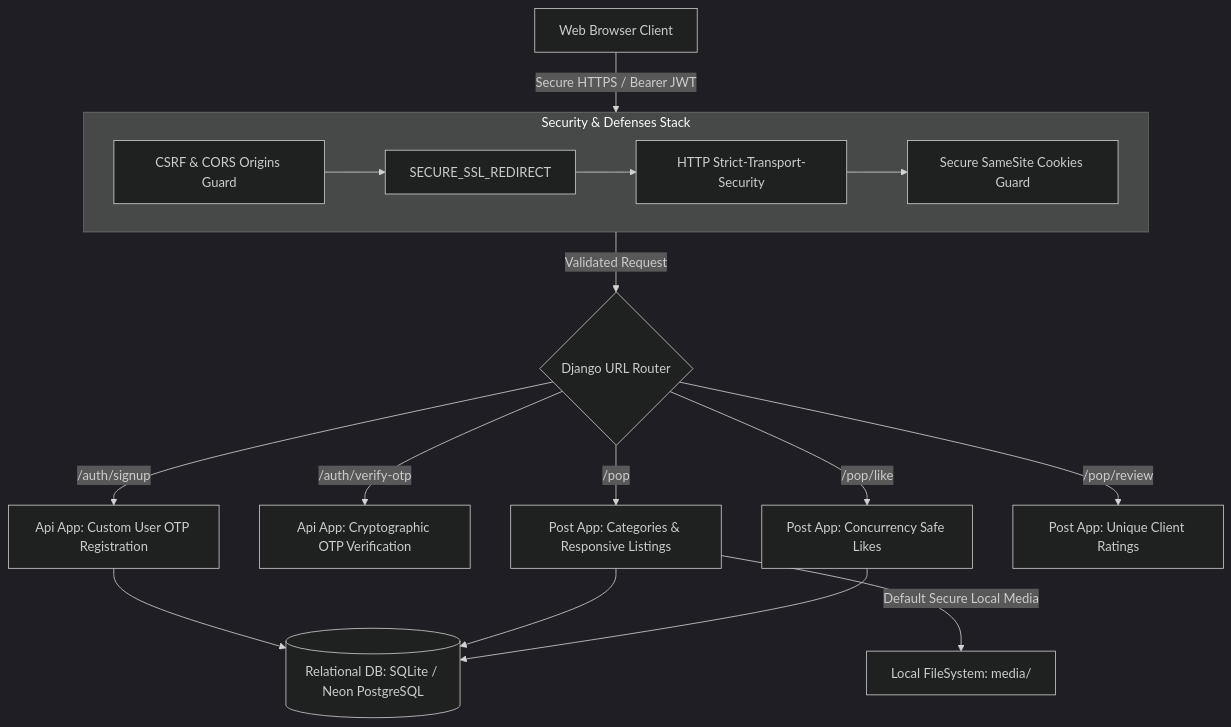
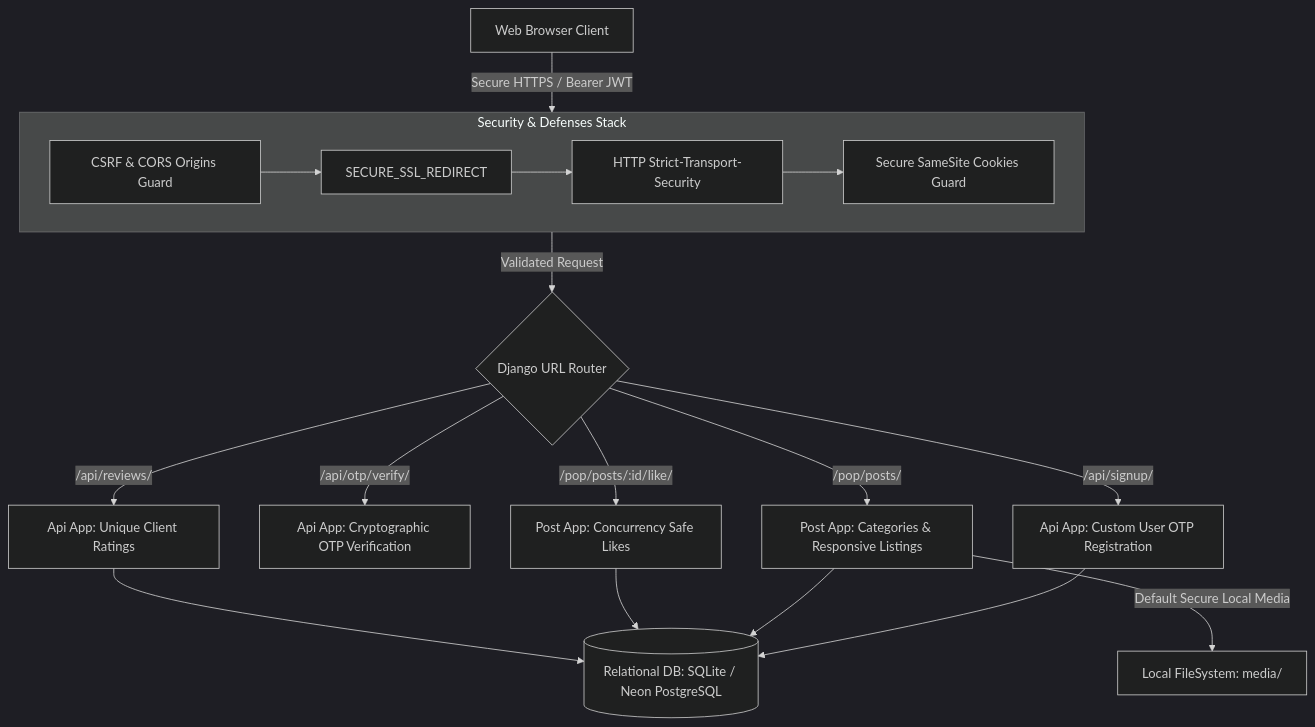
Before and after one commit to sureshdulupolai/PopDrop: the diagram in README.md, drawn with Mermaid (dark theme). The commit also changed other lines of this file and 6 other files, not shown here.

````diff
--- a/README.md
+++ b/README.md
@@ -16,24 +16,25 @@
 ```mermaid
 graph TD
     Client[Web Browser Client] -->|Secure HTTPS / Bearer JWT| SecurityMiddleware[Production Security Pipeline]
     
     subgraph SecurityMiddleware [Security & Defenses Stack]
         A[CSRF & CORS Origins Guard] --> B[SECURE_SSL_REDIRECT]
         B --> C[HTTP Strict-Transport-Security]
         C --> D[Secure SameSite Cookies Guard]
     end
     
     SecurityMiddleware -->|Validated Request| Router{Django URL Router}
     
-    Router -->|/auth/signup| AuthApp[Api App: Custom User OTP Registration]
-    Router -->|/auth/verify-otp| OTPApp[Api App: Cryptographic OTP Verification]
-    Router -->|/pop| PostApp[Post App: Categories & Responsive Listings]
-    Router -->|/pop/like| LikeApp[Post App: Concurrency Safe Likes]
-    Router -->|/pop/review| ReviewApp[Post App: Unique Client Ratings]
+    Router -->|/api/signup/| AuthApp[Api App: Custom User OTP Registration]
+    Router -->|/api/otp/verify/| OTPApp[Api App: Cryptographic OTP Verification]
+    Router -->|/pop/posts/| PostApp[Post App: Categories & Responsive Listings]
+    Router -->|/pop/posts/:id/like/| LikeApp[Post App: Concurrency Safe Likes]
+    Router -->|/api/reviews/| ReviewApp[Api App: Unique Client Ratings]
     
     AuthApp --> DB[(Relational DB: SQLite / Neon PostgreSQL)]
     PostApp --> DB
     LikeApp --> DB
+    ReviewApp --> DB
     
     PostApp -->|Default Secure Local Media| LocalStorage[Local FileSystem: media/]
 ```
````
